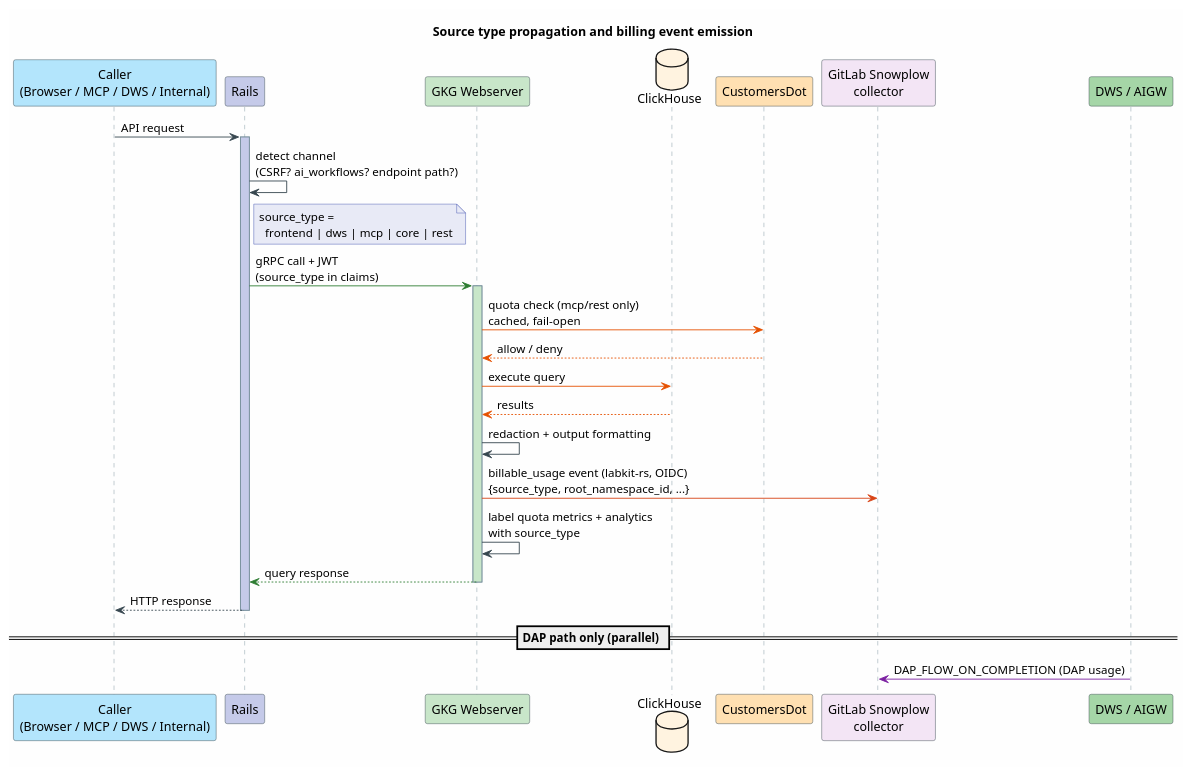
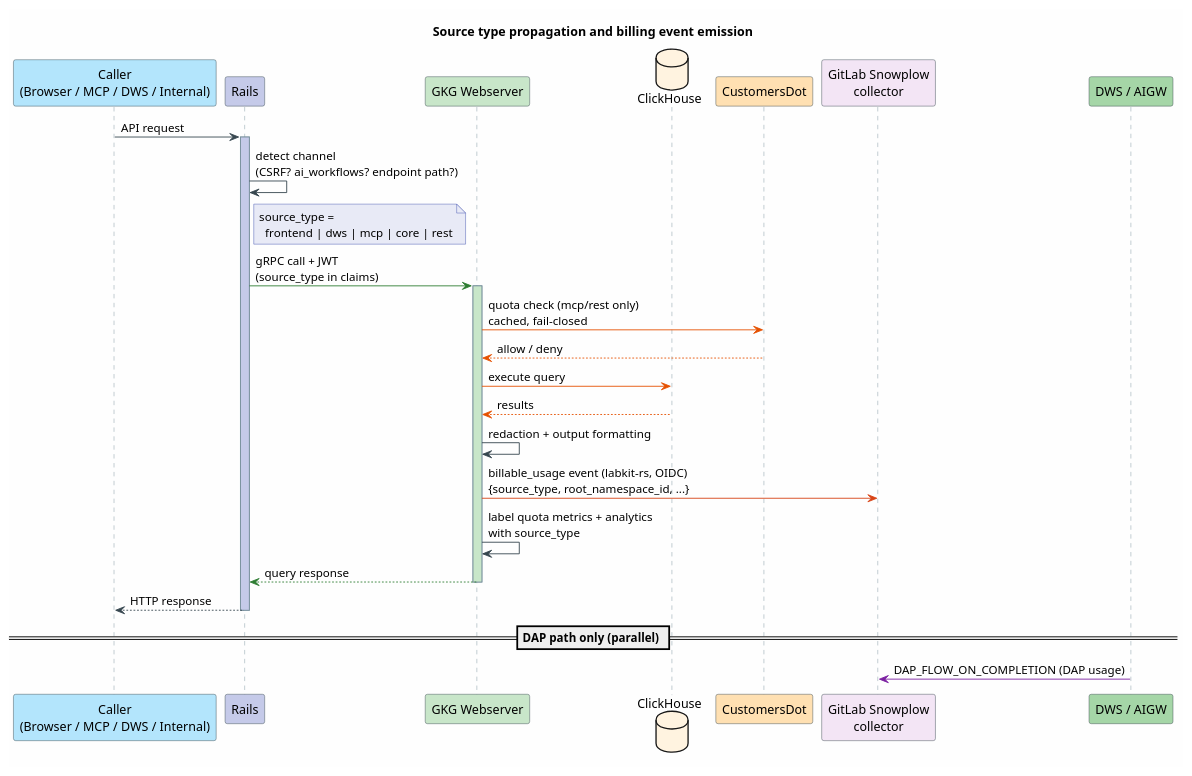
The second of 5 diagrams in docs/design-documents/decisions/007_monetization_engineering.md (gitlabhq/orbit-knowledge-graph), drawn with PlantUML before and after one commit. The commit also changed other lines of this file and 8 other files, not shown here.

First line of the commit message:
feat(billing): fail closed on quota check errors

````diff
--- a/docs/design-documents/decisions/007_monetization_engineering.md
+++ b/docs/design-documents/decisions/007_monetization_engineering.md
@@ -170,59 +170,59 @@
 ```plantuml
 @startuml
 skinparam backgroundColor #FEFEFE
 skinparam participant {
   BorderColor #37474F
 }
 skinparam note {
   BackgroundColor #E8EAF6
   BorderColor #3949AB
 }
 skinparam sequence {
   ArrowColor #37474F
   LifeLineBorderColor #78909C
 }
 
 title Source type propagation and billing event emission
 
 participant "Caller\n(Browser / MCP / DWS / Internal)" as caller #B3E5FC
 participant "Rails" as rails #C5CAE9
 participant "GKG Webserver" as gkg #C8E6C9
 database "ClickHouse" as ch #FFF3E0
 participant "CustomersDot" as cdot #FFE0B2
 participant "GitLab Snowplow\ncollector" as snowplow #F3E5F5
 
 caller -> rails : API request
 activate rails #C5CAE9
 
 rails -> rails : detect channel\n(CSRF? ai_workflows? endpoint path?)
 note right of rails
   source_type =
     frontend | dws | mcp | core | rest
 end note
 
 rails -[#2E7D32]> gkg : gRPC call + JWT\n(source_type in claims)
 activate gkg #C8E6C9
 
-gkg -[#E65100]> cdot : quota check (mcp/rest only)\ncached, fail-open
+gkg -[#E65100]> cdot : quota check (mcp/rest only)\ncached, fail-closed
 cdot --[#E65100]> gkg : allow / deny
 
 gkg -[#E65100]> ch : execute query
 ch --[#E65100]> gkg : results
 
 gkg -> gkg : redaction + output formatting
 gkg -[#D84315]> snowplow : billable_usage event (labkit-rs, OIDC)\n{source_type, root_namespace_id, ...}
 gkg -> gkg : label quota metrics + analytics\nwith source_type
 
 gkg --[#2E7D32]> rails : query response
 deactivate gkg
 
 rails --> caller : HTTP response
 deactivate rails
 
 == DAP path only (parallel) ==
 
 participant "DWS / AIGW" as dws #A5D6A7
 dws -[#7B1FA2]> snowplow : DAP_FLOW_ON_COMPLETION (DAP usage)
 
 @enduml
 ```
````
